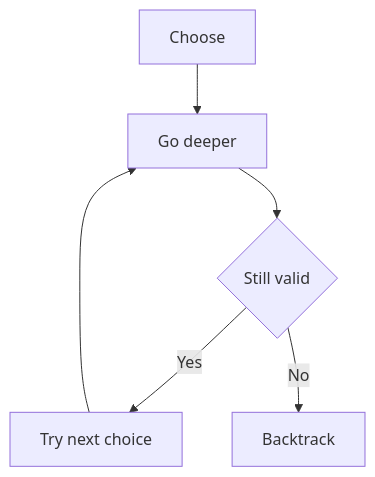
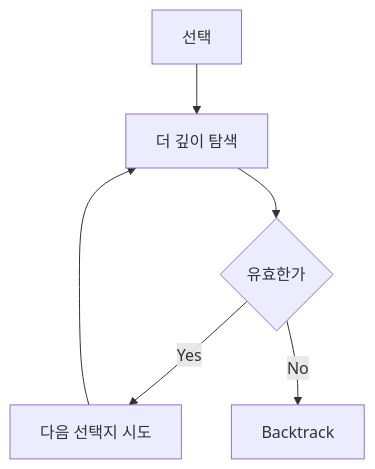
Before and after one commit to mandoobox/mandoobox.github.io: the first of 2 diagrams in _posts/algorithm/2026-03-07-backtracking.md, drawn with Mermaid. The commit also changed other lines of this file and 24 other files, not shown here.

Commit message:
feat: mermaid kr

````diff
--- a/_posts/algorithm/2026-03-07-backtracking.md
+++ b/_posts/algorithm/2026-03-07-backtracking.md
@@ -53,8 +53,8 @@
 ```mermaid
 flowchart TD
-    A["Choose"] --> B["Go deeper"]
-    B --> C{"Still valid"}
-    C -->|Yes| D["Try next choice"]
+    A["선택"] --> B["더 깊이 탐색"]
+    B --> C{"유효한가"}
+    C -->|Yes| D["다음 선택지 시도"]
     C -->|No| E["Backtrack"]
     D --> B
 ```
````
